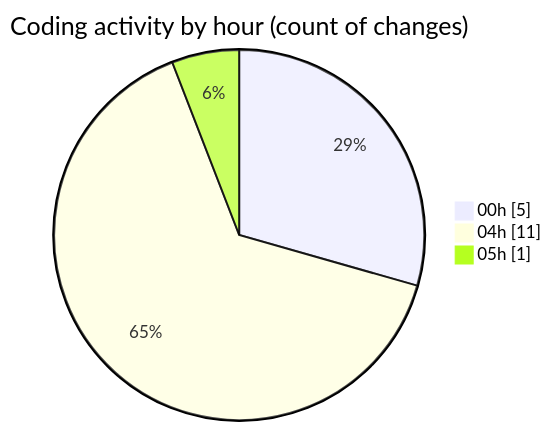
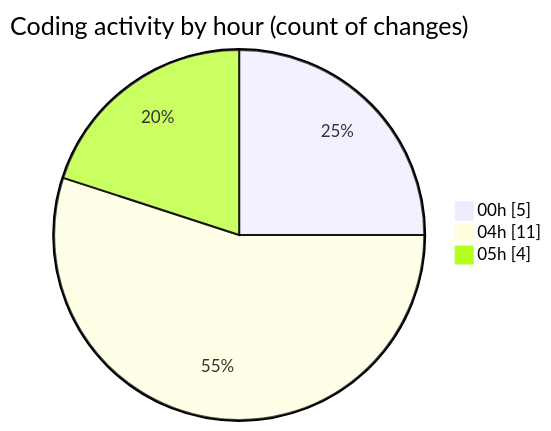
The second of 2 diagrams in 2025-03-28/autodidak/README.md (idhammustaqopulfikri/code-tracking), drawn with Mermaid before and after one commit. The commit also changed other lines of this file and 1 other file, not shown here.

````diff
--- a/2025-03-28/autodidak/README.md
+++ b/2025-03-28/autodidak/README.md
@@ -32,7 +32,7 @@
 ```mermaid
 pie showData
 title Coding activity by hour (count of changes)
 "00h" : 5
 "04h" : 11
-"05h" : 1
+"05h" : 4
 ```
````
